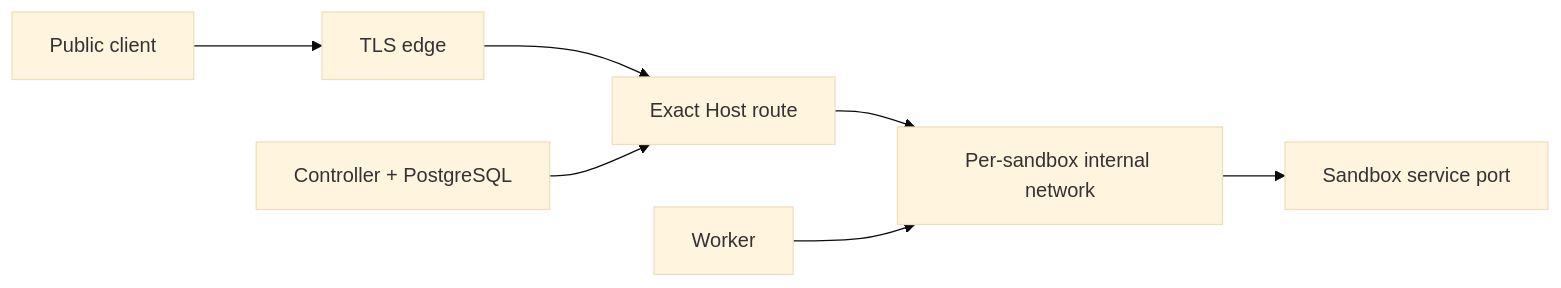
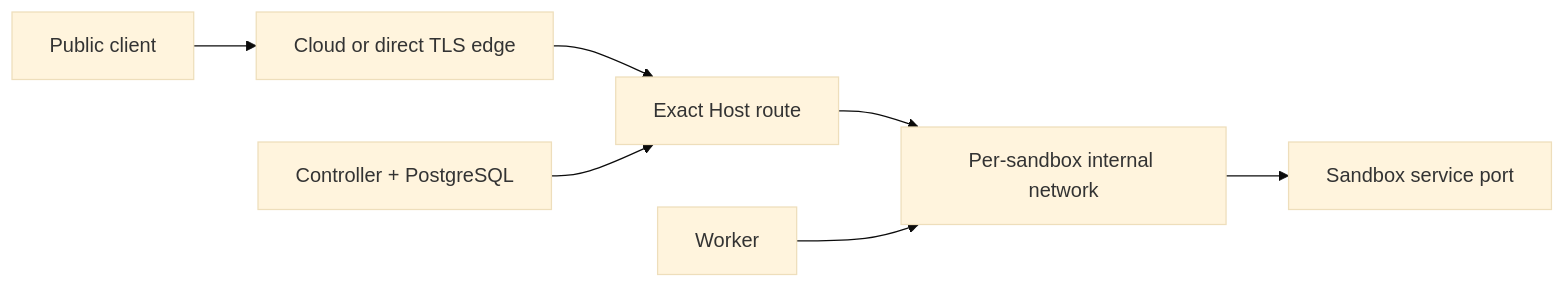
The first of 2 diagrams in docs/tunnels.md (bas3line/sandbox), drawn with Mermaid (base theme) before and after one commit. The commit also changed other lines of this file and 14 other files, not shown here.

````diff
--- a/docs/tunnels.md
+++ b/docs/tunnels.md
@@ -13,9 +13,9 @@
 ```mermaid
 flowchart LR
-    U["Public client"] --> T["TLS edge"]
-    T --> R["Exact Host route"]
+    U["Public client"] --> C["Cloud or direct TLS edge"]
+    C --> R["Exact Host route"]
     R --> N["Per-sandbox internal network"]
     N --> S["Sandbox service port"]
-    C["Controller + PostgreSQL"] --> R
+    P["Controller + PostgreSQL"] --> R
     W["Worker"] --> N
 ```
````
